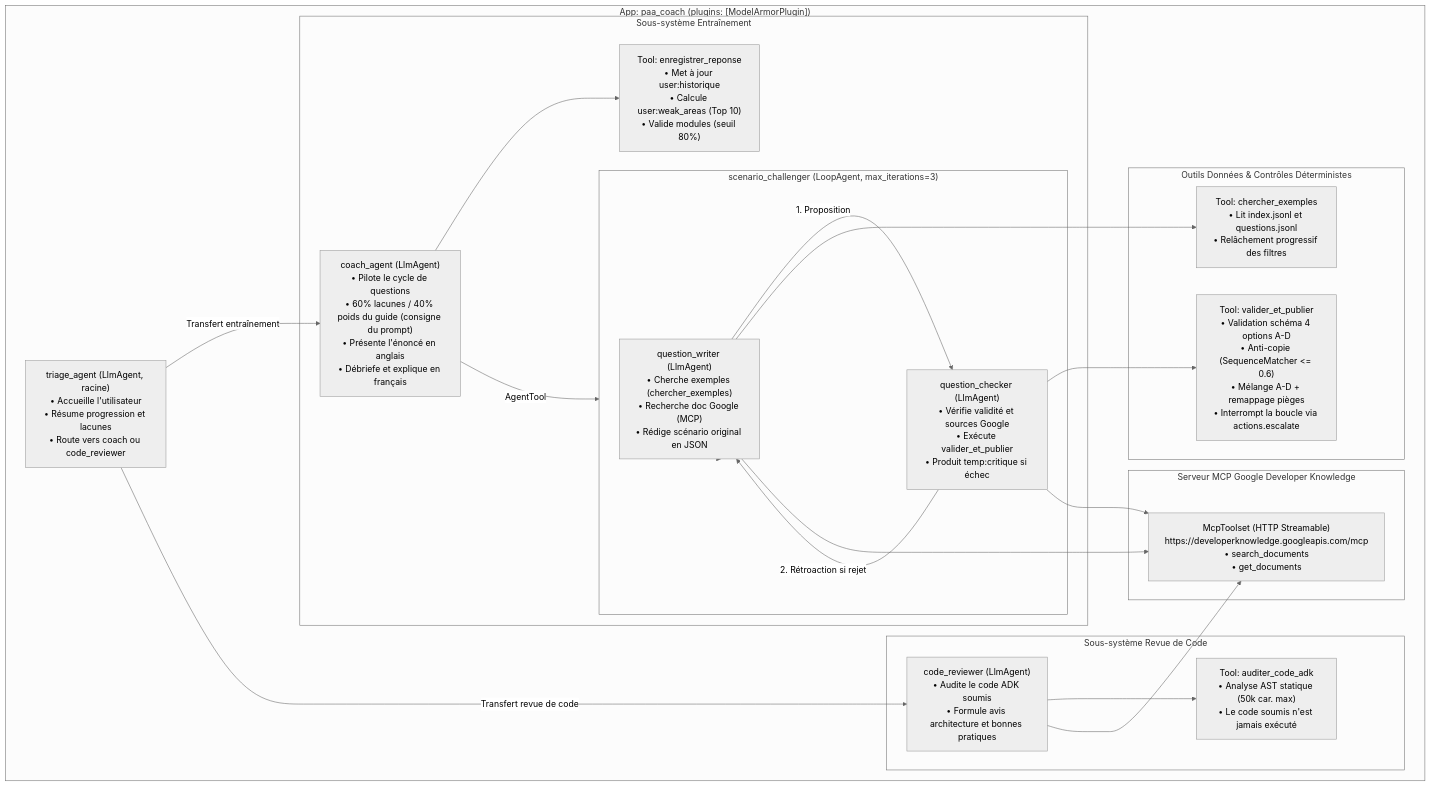
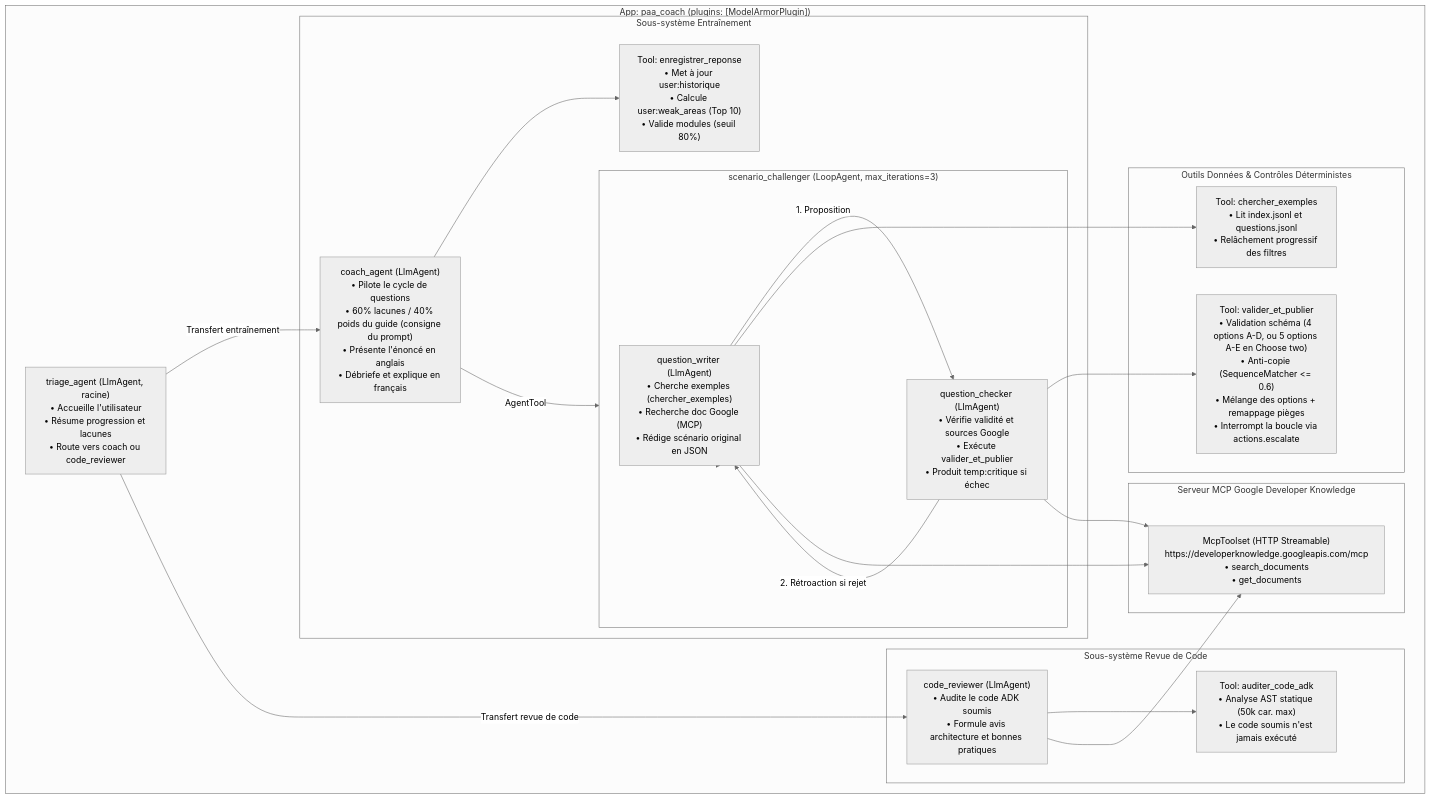
The diagram in README.md (sailwaelan-dotcom/paa-coach), drawn with Mermaid (neutral theme) before and after one commit. The commit also changed other lines of this file and 3 other files, not shown here.

````diff
--- a/README.md
+++ b/README.md
@@ -31,49 +36,49 @@
 ```mermaid
 flowchart TD
     subgraph App ["App: paa_coach (plugins: [ModelArmorPlugin])"]
         Triage["triage_agent (LlmAgent, racine)<br/>• Accueille l'utilisateur<br/>• Résume progression et lacunes<br/>• Route vers coach ou code_reviewer"]
 
         subgraph CoachFlow ["Sous-système Entraînement"]
             Coach["coach_agent (LlmAgent)<br/>• Pilote le cycle de questions<br/>• 60% lacunes / 40% poids du guide (consigne du prompt)<br/>• Présente l'énoncé en anglais<br/>• Débriefe et explique en français"]
             
             subgraph Challenger ["scenario_challenger (LoopAgent, max_iterations=3)"]
                 Writer["question_writer (LlmAgent)<br/>• Cherche exemples (chercher_exemples)<br/>• Recherche doc Google (MCP)<br/>• Rédige scénario original en JSON"]
                 Checker["question_checker (LlmAgent)<br/>• Vérifie validité et sources Google<br/>• Exécute valider_et_publier<br/>• Produit temp:critique si échec"]
             end
 
             SaveTool["Tool: enregistrer_reponse<br/>• Met à jour user:historique<br/>• Calcule user:weak_areas (Top 10)<br/>• Valide modules (seuil 80%)"]
         end
 
         subgraph CodeReviewFlow ["Sous-système Revue de Code"]
             Reviewer["code_reviewer (LlmAgent)<br/>• Audite le code ADK soumis<br/>• Formule avis architecture et bonnes pratiques"]
             AuditTool["Tool: auditer_code_adk<br/>• Analyse AST statique (50k car. max)<br/>• Le code soumis n'est jamais exécuté"]
         end
 
         subgraph CustomTools ["Outils Données & Contrôles Déterministes"]
             SearchTool["Tool: chercher_exemples<br/>• Lit index.jsonl et questions.jsonl<br/>• Relâchement progressif des filtres"]
-            ValidateTool["Tool: valider_et_publier<br/>• Validation schéma 4 options A-D<br/>• Anti-copie (SequenceMatcher <= 0.6)<br/>• Mélange A-D + remappage pièges<br/>• Interrompt la boucle via actions.escalate"]
+            ValidateTool["Tool: valider_et_publier<br/>• Validation schéma (4 options A-D, ou 5 options A-E en Choose two)<br/>• Anti-copie (SequenceMatcher <= 0.6)<br/>• Mélange des options + remappage pièges<br/>• Interrompt la boucle via actions.escalate"]
         end
 
         subgraph McpServer ["Serveur MCP Google Developer Knowledge"]
             Mcp["McpToolset (HTTP Streamable)<br/>https://developerknowledge.googleapis.com/mcp<br/>• search_documents<br/>• get_documents"]
         end
     end
 
     Triage -->|Transfert entraînement| Coach
     Triage -->|Transfert revue de code| Reviewer
 
     Coach -->|AgentTool| Challenger
     Challenger --> Writer
     Writer -->|1. Proposition| Checker
     Checker -->|2. Rétroaction si rejet| Writer
 
     Writer --> SearchTool
     Writer --> Mcp
     Checker --> ValidateTool
     Checker --> Mcp
 
     Coach --> SaveTool
 
     Reviewer --> AuditTool
     Reviewer --> Mcp
 ```
````
